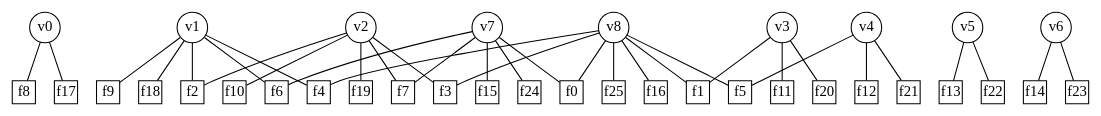
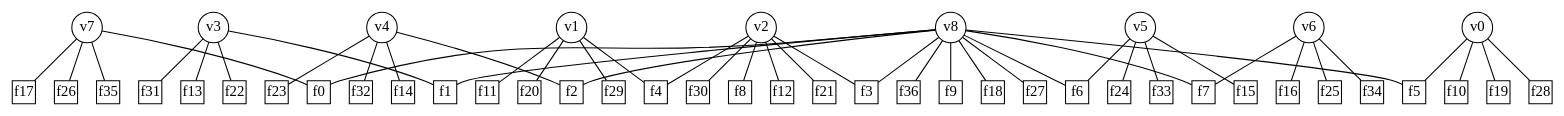
Before and after one commit to vjethava/FastQ: the diagram in zLatest/sample.dot, drawn with Graphviz. The commit also changed 12 other files, not shown here.

```diff
--- a/zLatest/sample.dot
+++ b/zLatest/sample.dot
@@ -1,73 +1,95 @@
 graph G {
 node[shape=circle,width=0.4,fixedsize=true];
 	v0;
 	v1;
 	v2;
 	v3;
 	v4;
 	v5;
 	v6;
 	v7;
 	v8;
 node[shape=box,width=0.3,height=0.3,fixedsize=true];
 	f0;
 	f1;
 	f2;
 	f3;
 	f4;
 	f5;
 	f6;
 	f7;
 	f8;
 	f9;
 	f10;
 	f11;
 	f12;
 	f13;
 	f14;
 	f15;
 	f16;
 	f17;
 	f18;
 	f19;
 	f20;
 	f21;
 	f22;
 	f23;
 	f24;
 	f25;
-	v0 -- f8;
-	v0 -- f17;
-	v1 -- f2;
+	f26;
+	f27;
+	f28;
+	f29;
+	f30;
+	f31;
+	f32;
+	f33;
+	f34;
+	f35;
+	f36;
+	v0 -- f5;
+	v0 -- f10;
+	v0 -- f19;
+	v0 -- f28;
 	v1 -- f4;
-	v1 -- f6;
-	v1 -- f9;
-	v1 -- f18;
-	v2 -- f2;
+	v1 -- f11;
+	v1 -- f20;
+	v1 -- f29;
 	v2 -- f3;
-	v2 -- f7;
-	v2 -- f10;
-	v2 -- f19;
+	v2 -- f4;
+	v2 -- f8;
+	v2 -- f12;
+	v2 -- f21;
+	v2 -- f30;
 	v3 -- f1;
-	v3 -- f11;
-	v3 -- f20;
-	v4 -- f5;
-	v4 -- f12;
-	v4 -- f21;
-	v5 -- f13;
-	v5 -- f22;
-	v6 -- f14;
-	v6 -- f23;
+	v3 -- f13;
+	v3 -- f22;
+	v3 -- f31;
+	v4 -- f2;
+	v4 -- f14;
+	v4 -- f23;
+	v4 -- f32;
+	v5 -- f6;
+	v5 -- f15;
+	v5 -- f24;
+	v5 -- f33;
+	v6 -- f7;
+	v6 -- f16;
+	v6 -- f25;
+	v6 -- f34;
 	v7 -- f0;
-	v7 -- f6;
-	v7 -- f7;
-	v7 -- f15;
-	v7 -- f24;
+	v7 -- f17;
+	v7 -- f26;
+	v7 -- f35;
 	v8 -- f0;
 	v8 -- f1;
+	v8 -- f2;
 	v8 -- f3;
-	v8 -- f4;
 	v8 -- f5;
-	v8 -- f16;
-	v8 -- f25;
+	v8 -- f6;
+	v8 -- f7;
+	v8 -- f9;
+	v8 -- f18;
+	v8 -- f27;
+	v8 -- f36;
 }
```
